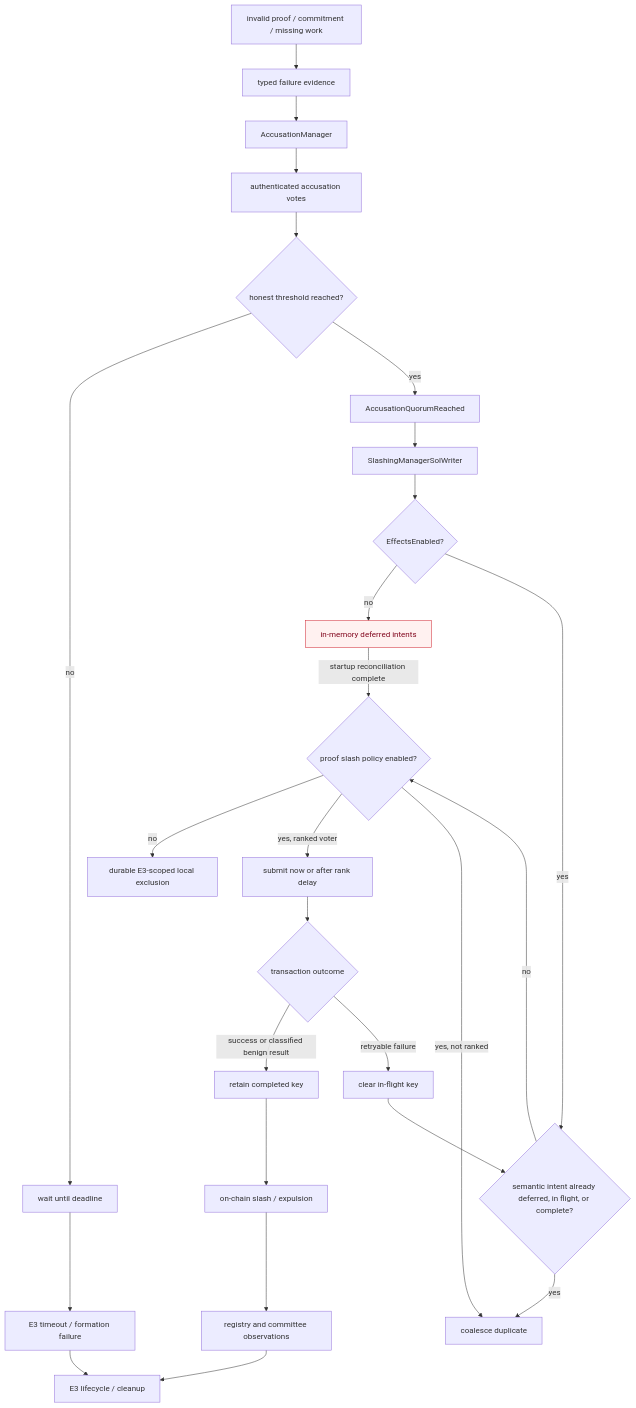
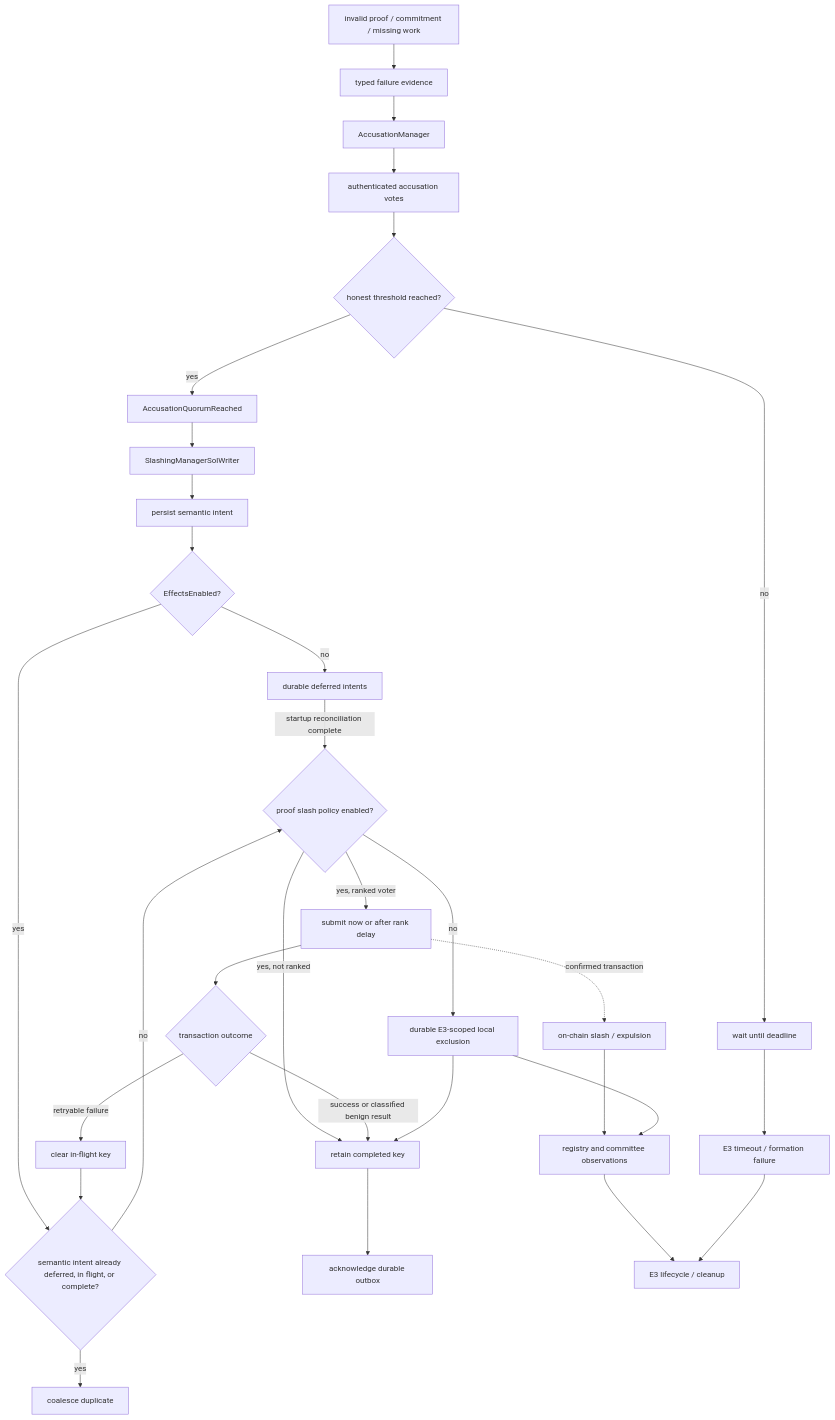
One commit to auryn-macmillan/enclave changed the ninth of 15 diagrams in agent/CRATES_ARCHITECTURE.md. Above: the diagram before and after it, drawn with Mermaid. The commit also changed other lines of this file and 59 other files, not shown here.

````diff
--- a/agent/CRATES_ARCHITECTURE.md
+++ b/agent/CRATES_ARCHITECTURE.md
@@ -593,31 +622,33 @@
 ```mermaid
 flowchart TD
     Invalid[invalid proof / commitment / missing work] --> Evidence[typed failure evidence]
     Evidence --> Accuse[AccusationManager]
     Accuse --> Votes[authenticated accusation votes]
     Votes --> Quorum{honest threshold reached?}
     Quorum -->|no| Wait[wait until deadline]
     Quorum -->|yes| Decision[AccusationQuorumReached]
     Wait --> Timeout[E3 timeout / formation failure]
     Decision --> Writer[SlashingManagerSolWriter]
-    Writer --> Effects{EffectsEnabled?}
-    Effects -->|no| Deferred[in-memory deferred intents]
+    Writer --> Outbox[persist semantic intent]
+    Outbox --> Effects{EffectsEnabled?}
+    Effects -->|no| Deferred[durable deferred intents]
     Deferred -->|startup reconciliation complete| Policy
     Effects -->|yes| Gate{semantic intent already deferred, in flight, or complete?}
     Gate -->|yes| Ignore[coalesce duplicate]
     Gate -->|no| Policy{proof slash policy enabled?}
     Policy -->|no| Exclude[durable E3-scoped local exclusion]
     Policy -->|yes, ranked voter| Submit[submit now or after rank delay]
-    Policy -->|yes, not ranked| Ignore
+    Policy -->|yes, not ranked| Complete
     Submit --> Outcome{transaction outcome}
     Outcome -->|success or classified benign result| Complete[retain completed key]
     Outcome -->|retryable failure| Retry[clear in-flight key]
     Retry --> Gate
-    Complete --> Chain[on-chain slash / expulsion]
+    Exclude --> Complete
+    Complete --> Ack[acknowledge durable outbox]
+    Submit -. confirmed transaction .-> Chain[on-chain slash / expulsion]
     Chain --> Registry[registry and committee observations]
+    Exclude --> Registry
     Registry --> Lifecycle[E3 lifecycle / cleanup]
     Timeout --> Lifecycle
 
-    classDef residual fill:#fff1f0,stroke:#cf222e,color:#82071e
-    class Deferred residual
 ```
````
